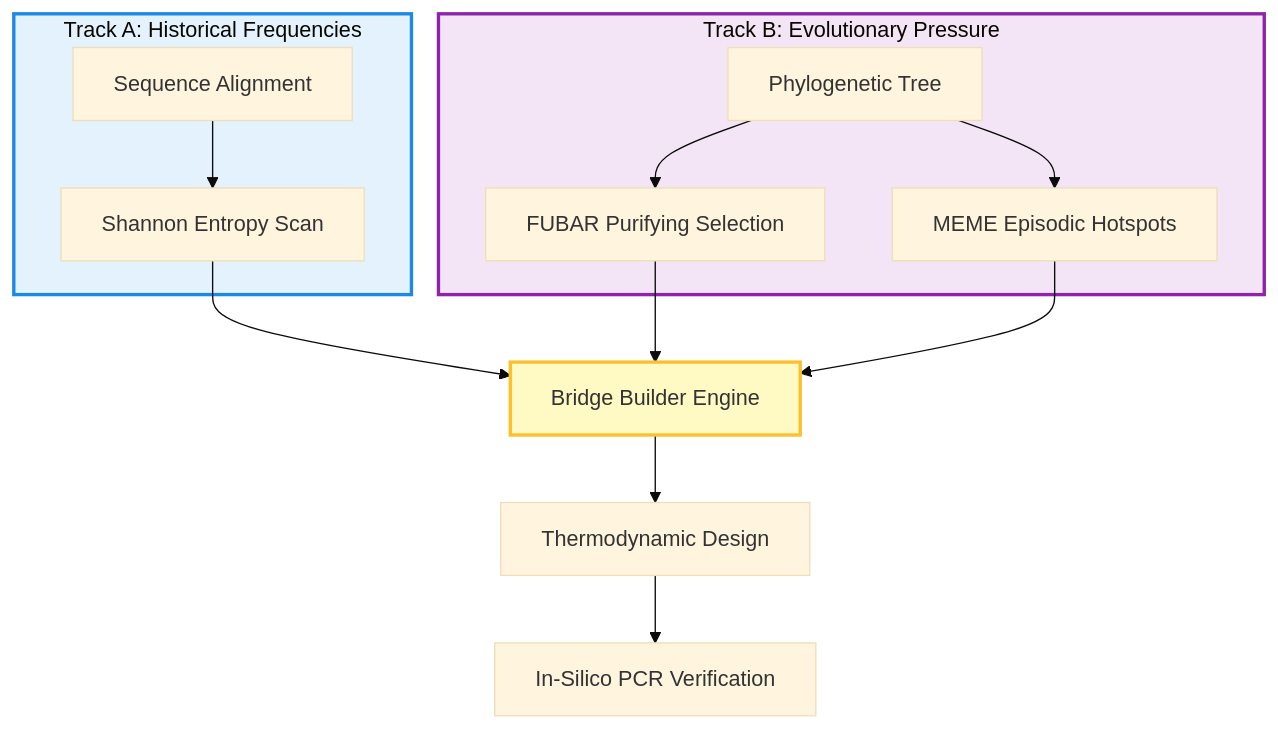
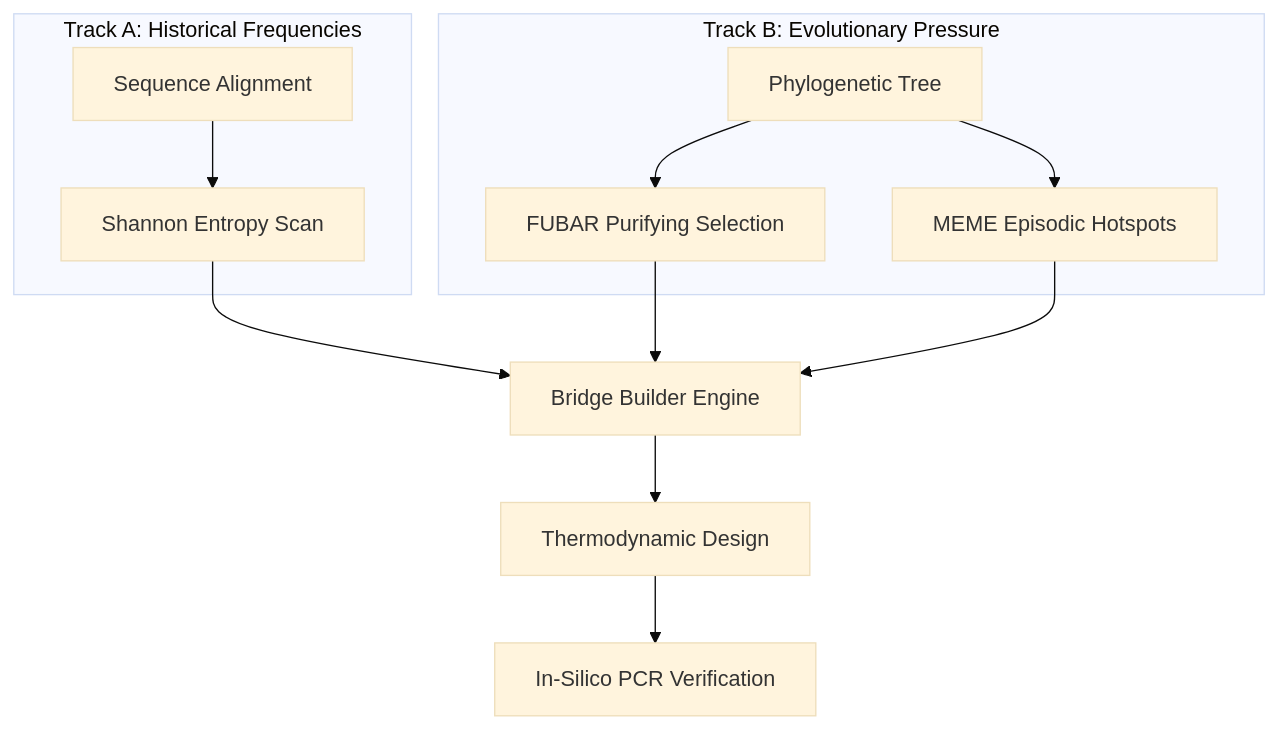
Before and after one commit to lab-biotek-bio-ugm/pandemic_prep_idn: the diagram in docs/index.md, drawn with Mermaid (base theme).

Commit message:
docs(index): remove inline Mermaid styling to allow native light/dark theme adaptation

````diff
--- a/docs/index.md
+++ b/docs/index.md
@@ -12,21 +12,17 @@
 ```mermaid
 flowchart TD
     subgraph TrackA ["Track A: Historical Frequencies"]
         A1[Sequence Alignment] --> A2[Shannon Entropy Scan]
     end
     
     subgraph TrackB ["Track B: Evolutionary Pressure"]
         B1[Phylogenetic Tree] --> B2[FUBAR Purifying Selection]
         B1 --> B3[MEME Episodic Hotspots]
     end
     
     A2 --> C[Bridge Builder Engine]
     B2 --> C
     B3 --> C
     C --> D[Thermodynamic Design]
     D --> E[In-Silico PCR Verification]
-    
-    style TrackA fill:#e3f2fd,stroke:#1e88e5,stroke-width:2.5px
-    style TrackB fill:#f3e5f5,stroke:#8e24aa,stroke-width:2.5px
-    style C fill:#fff9c4,stroke:#fbc02d,stroke-width:2.5px
 ```
````
